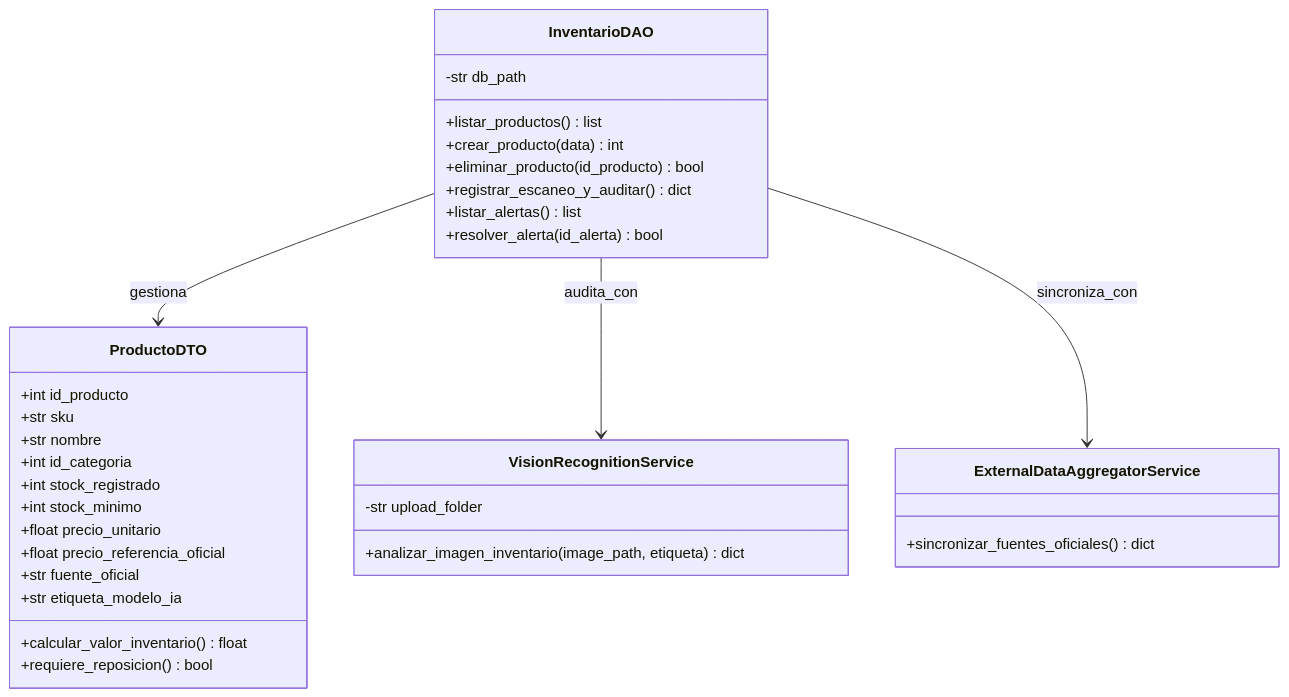
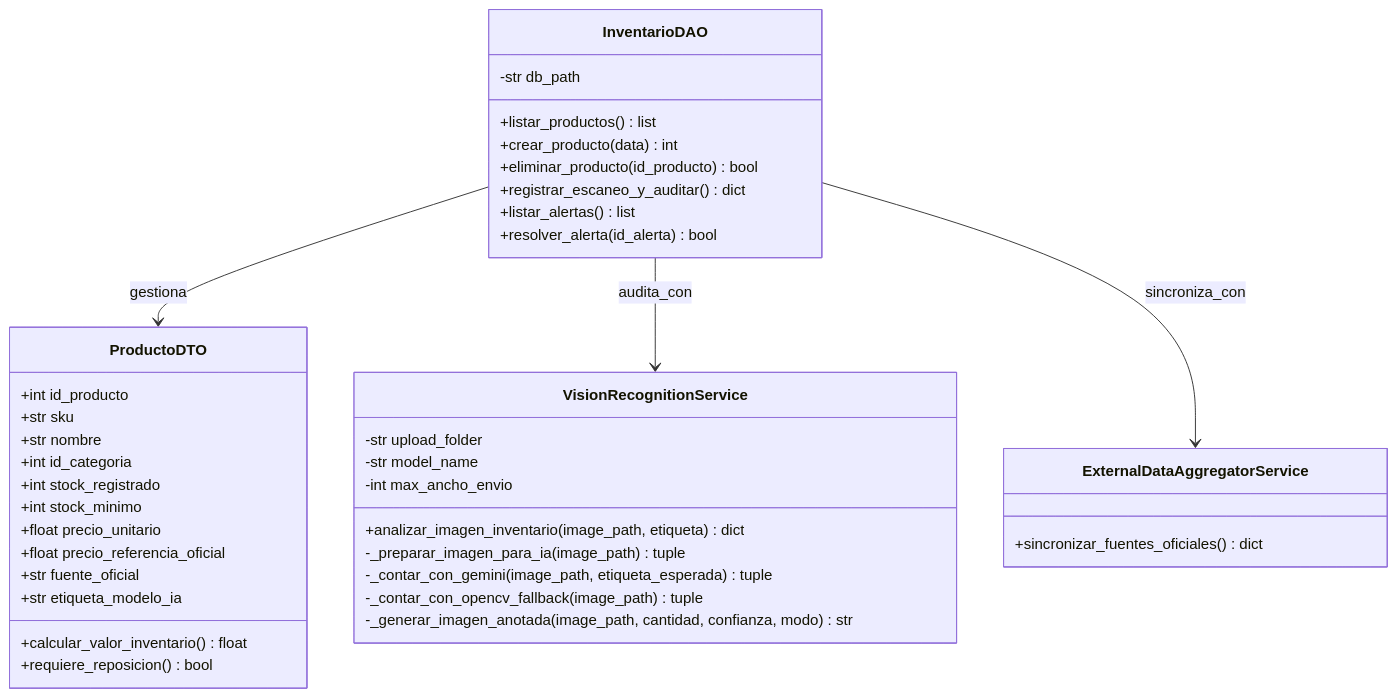
Before and after one commit to ren-heng/InventarioVision-AQP: the second of 3 diagrams in docs/diagramas/Diagramas_Diseno_Arquitectura.md, drawn with Mermaid. The commit also changed other lines of this file and 1 other file, not shown here.

Commit message:
Actualizar diagramas de arquitectura y flujo de resiliencia

````diff
--- a/docs/diagramas/Diagramas_Diseno_Arquitectura.md
+++ b/docs/diagramas/Diagramas_Diseno_Arquitectura.md
@@ -65,37 +65,43 @@
 ```mermaid
 classDiagram
     class ProductoDTO {
         +int id_producto
         +str sku
         +str nombre
         +int id_categoria
         +int stock_registrado
         +int stock_minimo
         +float precio_unitario
         +float precio_referencia_oficial
         +str fuente_oficial
         +str etiqueta_modelo_ia
         +calcular_valor_inventario() float
         +requiere_reposicion() bool
     }
     class InventarioDAO {
         -str db_path
         +listar_productos() list
         +crear_producto(data) int
         +eliminar_producto(id_producto) bool
         +registrar_escaneo_y_auditar() dict
         +listar_alertas() list
         +resolver_alerta(id_alerta) bool
     }
     class VisionRecognitionService {
         -str upload_folder
+        -str model_name
+        -int max_ancho_envio
         +analizar_imagen_inventario(image_path, etiqueta) dict
+        -_preparar_imagen_para_ia(image_path) tuple
+        -_contar_con_gemini(image_path, etiqueta_esperada) tuple
+        -_contar_con_opencv_fallback(image_path) tuple
+        -_generar_imagen_anotada(image_path, cantidad, confianza, modo) str
     }
     class ExternalDataAggregatorService {
         +sincronizar_fuentes_oficiales() dict
     }
 
     InventarioDAO --> ProductoDTO : gestiona
     InventarioDAO --> VisionRecognitionService : audita_con
     InventarioDAO --> ExternalDataAggregatorService : sincroniza_con
 ```
````
